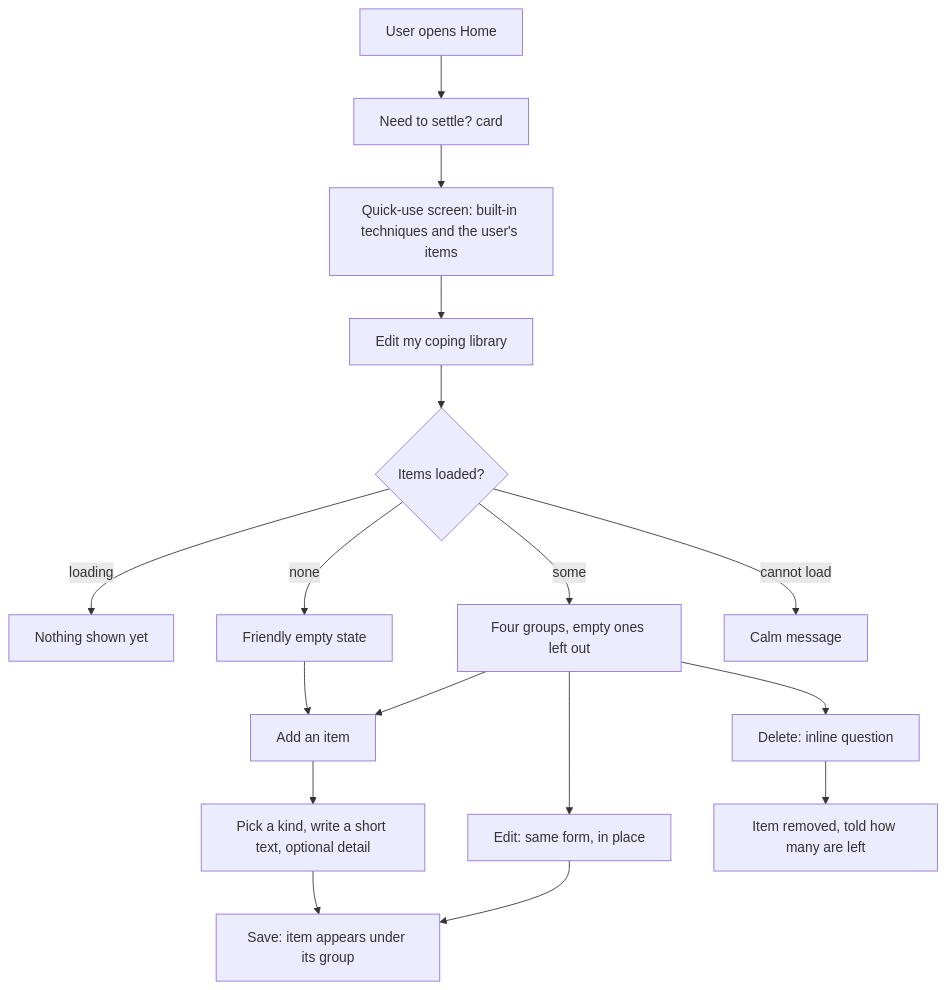
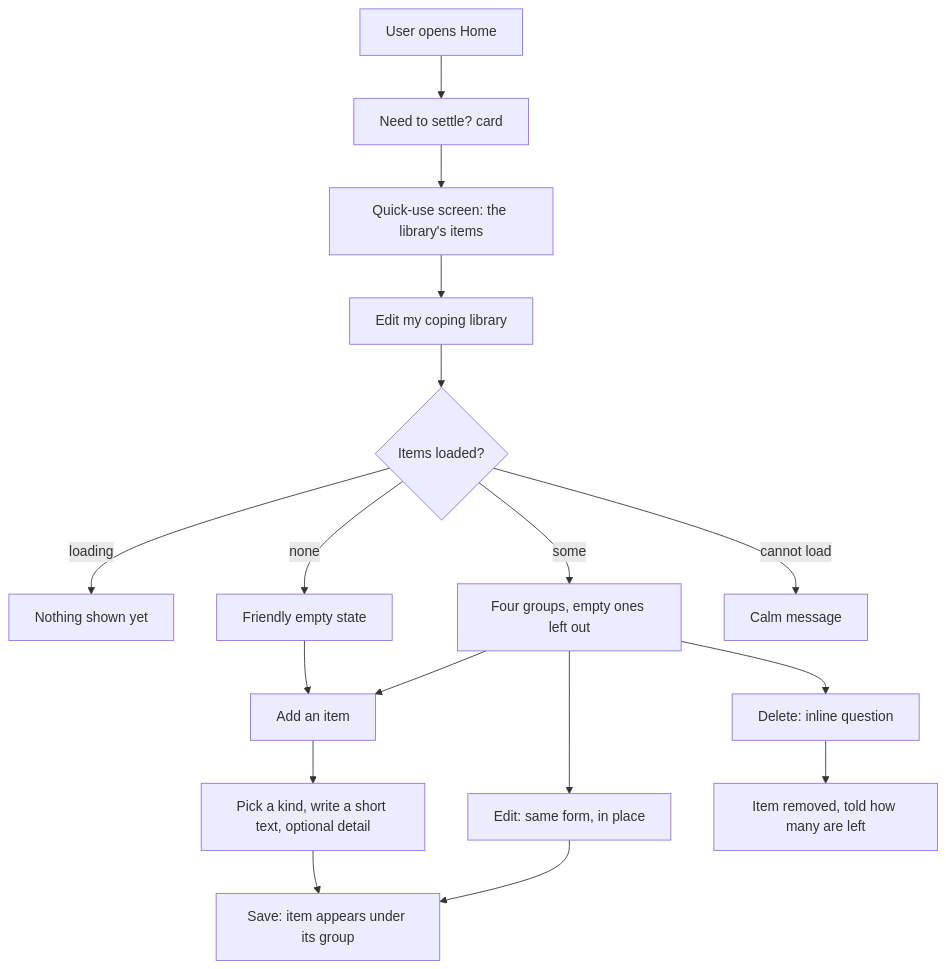
The diagram in docs/specs/coping/spec.md (joshualauw/cebete), drawn with Mermaid before and after one commit. The commit also changed other lines of this file and 4 other files, not shown here.

````diff
--- a/docs/specs/coping/spec.md
+++ b/docs/specs/coping/spec.md
@@ -7,19 +7,19 @@
 ```mermaid
 flowchart TD
     A[User opens Home] --> S[Need to settle? card]
-    S --> T[Quick-use screen: built-in techniques and the user's items]
+    S --> T[Quick-use screen: the library's items]
     T --> B[Edit my coping library]
     B --> C{Items loaded?}
     C -- loading --> D[Nothing shown yet]
     C -- none --> E[Friendly empty state]
     C -- some --> F[Four groups, empty ones left out]
     C -- cannot load --> G[Calm message]
     E --> H[Add an item]
     F --> H
     H --> I[Pick a kind, write a short text, optional detail]
     I --> J[Save: item appears under its group]
     F --> K[Edit: same form, in place]
     K --> J
     F --> L[Delete: inline question]
     L --> M[Item removed, told how many are left]
 ```
````
